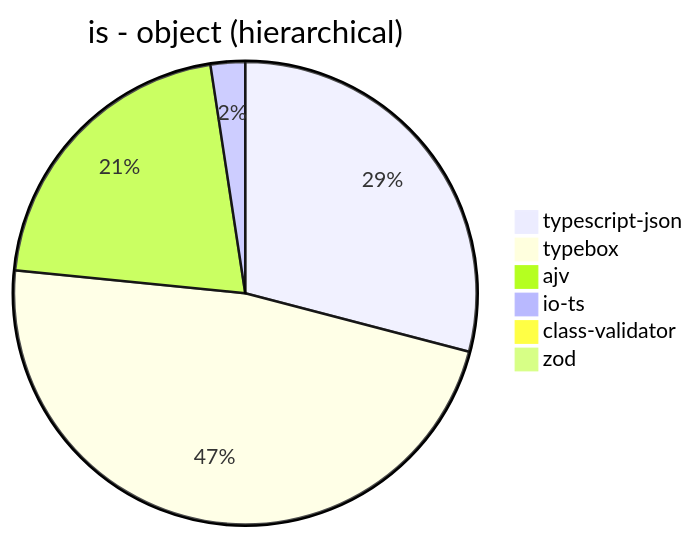
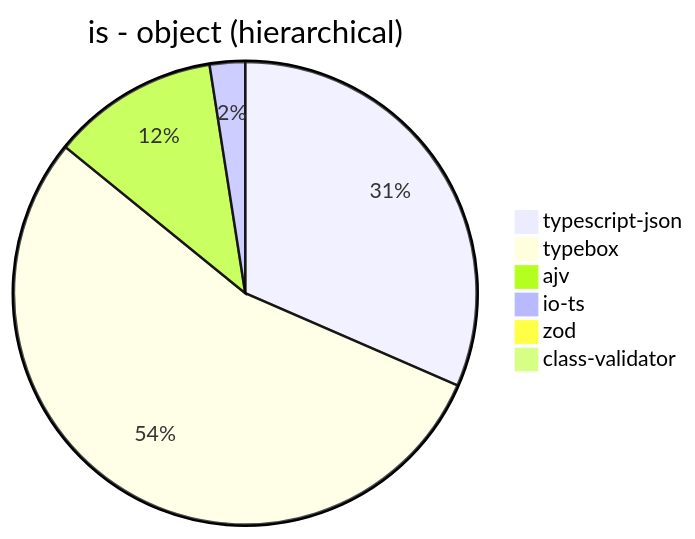
The first of 39 diagrams in benchmark/results/11th Gen Intel(R) Core(TM) i5-1135G7 @ 2.40GHz.md (samchon/typia), drawn with Mermaid before and after one commit. The commit also changed other lines of this file and 177 other files, not shown here.

````diff
--- a/benchmark/results/11th Gen Intel(R) Core(TM) i5-1135G7 @ 2.40GHz.md
+++ b/benchmark/results/11th Gen Intel(R) Core(TM) i5-1135G7 @ 2.40GHz.md
@@ -21,9 +21,9 @@
 ```mermaid
 pie title is - object (hierarchical)
-  "typescript-json": 110300.23989665991
-  "typebox": 180324
-  "ajv": 79717.17734447539
-  "io-ts": 9147.08097928437
-  "class-validator": 62.69030986924592
-  "zod": 407.70081061164336
+  "typescript-json": 109269.15555555555
+  "typebox": 188332.40843507214
+  "ajv": 40425.05962208769
+  "io-ts": 8559.404096834265
+  "zod": 372.69772481040087
+  "class-validator": 63.662896753009846
 ```
````
